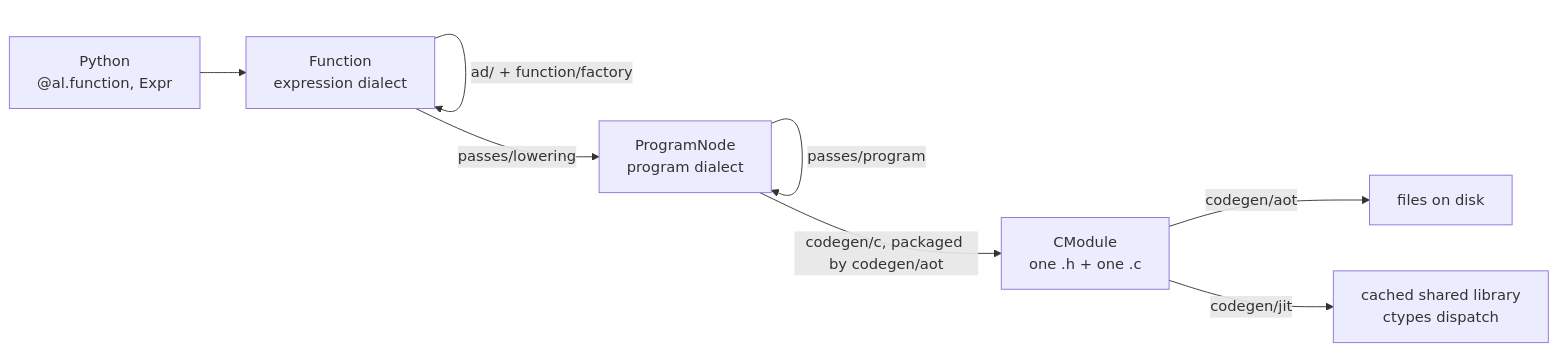
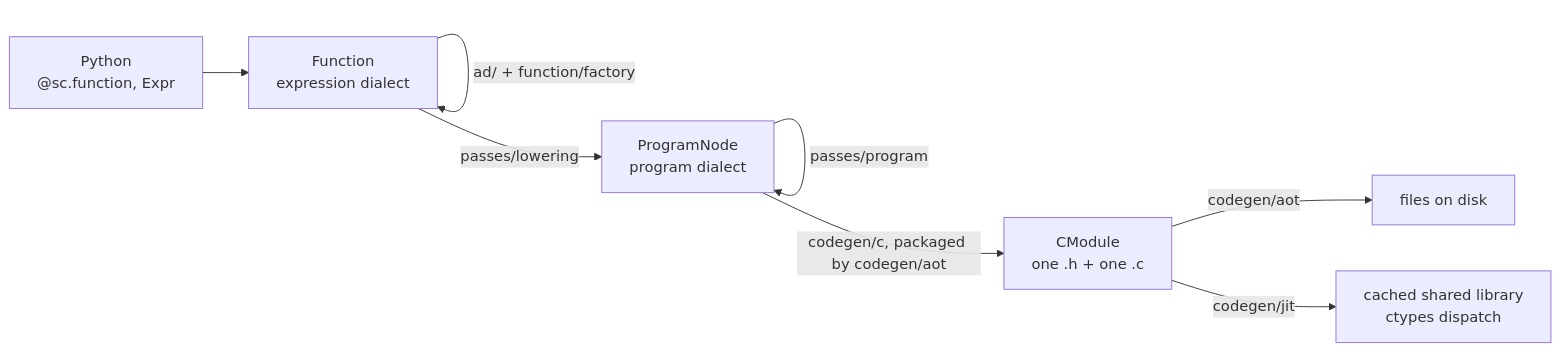
The diagram in docs/how_it_works/architecture.md (PREDICT-EPFL/scaly), drawn with Mermaid before and after one commit. The commit also changed other lines of this file and 285 other files, not shown here.

````diff
--- a/docs/how_it_works/architecture.md
+++ b/docs/how_it_works/architecture.md
@@ -31,10 +31,10 @@
 ```mermaid
 flowchart LR
-  py["Python<br/>@al.function, Expr"] --> fn["Function<br/>expression dialect"]
+  py["Python<br/>@sc.function, Expr"] --> fn["Function<br/>expression dialect"]
   fn -->|"ad/ + function/factory"| fn
   fn -->|"passes/lowering"| prog["ProgramNode<br/>program dialect"]
   prog -->|"passes/program"| prog
   prog -->|"codegen/c, packaged by codegen/aot"| cmod["CModule<br/>one .h + one .c"]
   cmod -->|"codegen/aot"| files["files on disk"]
   cmod -->|"codegen/jit"| so["cached shared library<br/>ctypes dispatch"]
 ```
````
